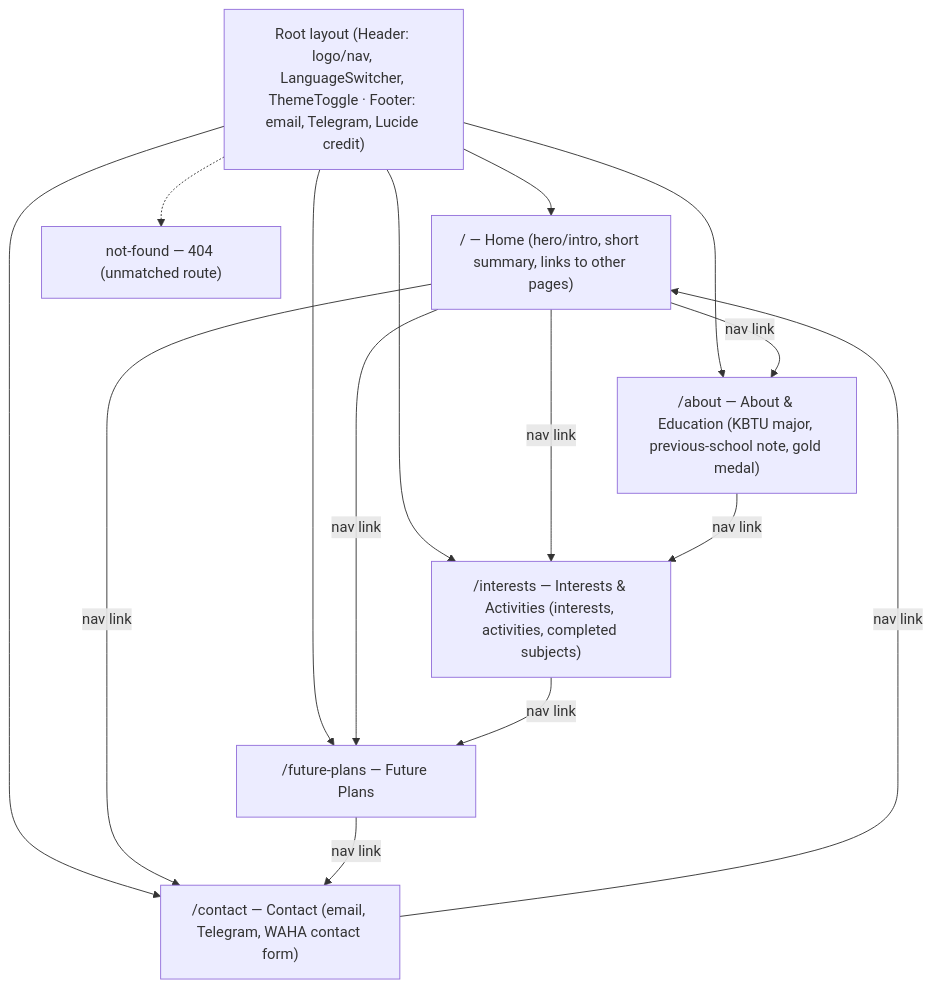
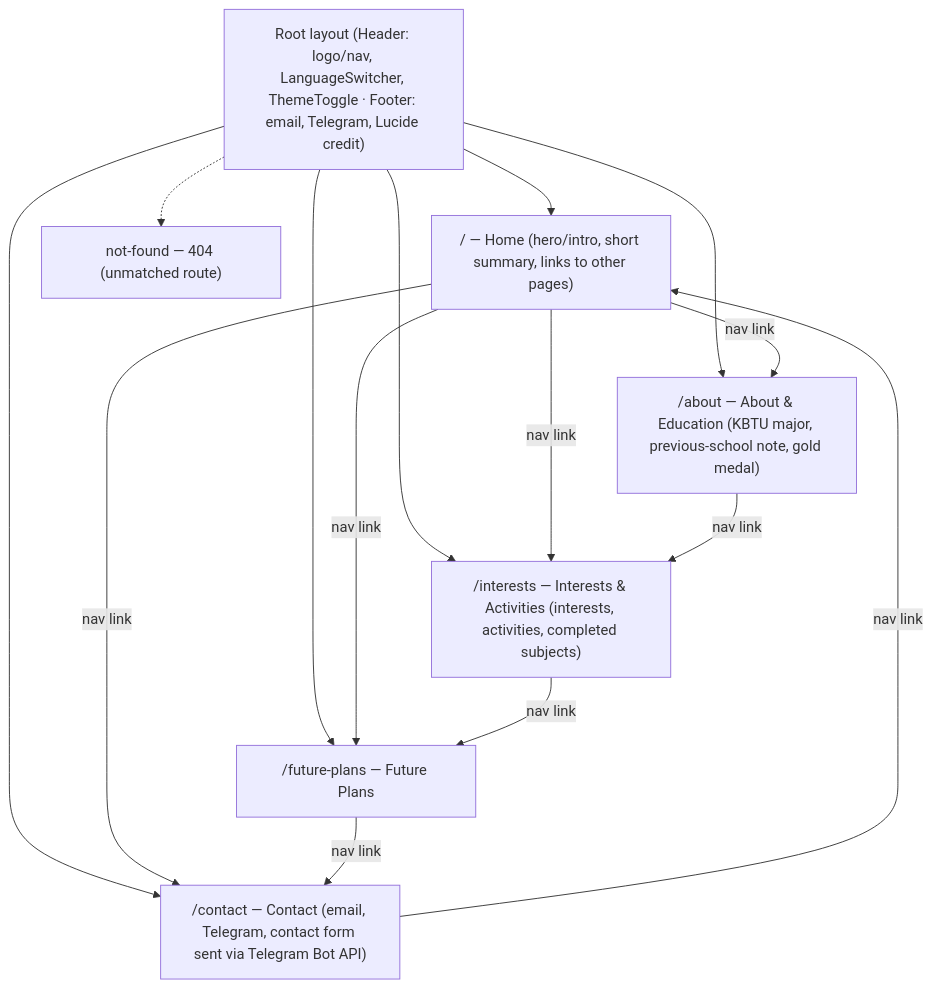
One commit to aablty/kbtu_se_2026_tsis changed the diagram in docs/diagrams/sitemap.mmd. Above: the diagram before and after it, drawn with Mermaid. The commit also changed 19 other files, not shown here.

First line of the commit message:
Replace WAHA/WhatsApp contact transport with Telegram Bot API

```diff
--- a/docs/diagrams/sitemap.mmd
+++ b/docs/diagrams/sitemap.mmd
@@ -1,31 +1,31 @@
 %% Sitemap / Information Architecture — Nursultan Nurgali personal website
 %% Pseudo-level: pages and navigation relationships only.
 graph TD
     Root["Root layout (Header: logo/nav, LanguageSwitcher, ThemeToggle · Footer: email, Telegram, Lucide credit)"]
 
     Home["/ — Home (hero/intro, short summary, links to other pages)"]
     About["/about — About & Education (KBTU major, previous-school note, gold medal)"]
     Interests["/interests — Interests & Activities (interests, activities, completed subjects)"]
     Future["/future-plans — Future Plans"]
-    Contact["/contact — Contact (email, Telegram, WAHA contact form)"]
+    Contact["/contact — Contact (email, Telegram, contact form sent via Telegram Bot API)"]
     NotFound["not-found — 404 (unmatched route)"]
 
     Root --> Home
     Root --> About
     Root --> Interests
     Root --> Future
     Root --> Contact
     Root -.-> NotFound
 
     Home -- nav link --> About
     Home -- nav link --> Interests
     Home -- nav link --> Future
     Home -- nav link --> Contact
     About -- nav link --> Interests
     Interests -- nav link --> Future
     Future -- nav link --> Contact
     Contact -- nav link --> Home
 
     %% Every page carries the same Header/Footer, so LanguageSwitcher and
     %% ThemeToggle are reachable from any page (satisfies FR-04: switch from any page).
     %% No auth/restricted area exists anywhere in the sitemap (author decision).
```
